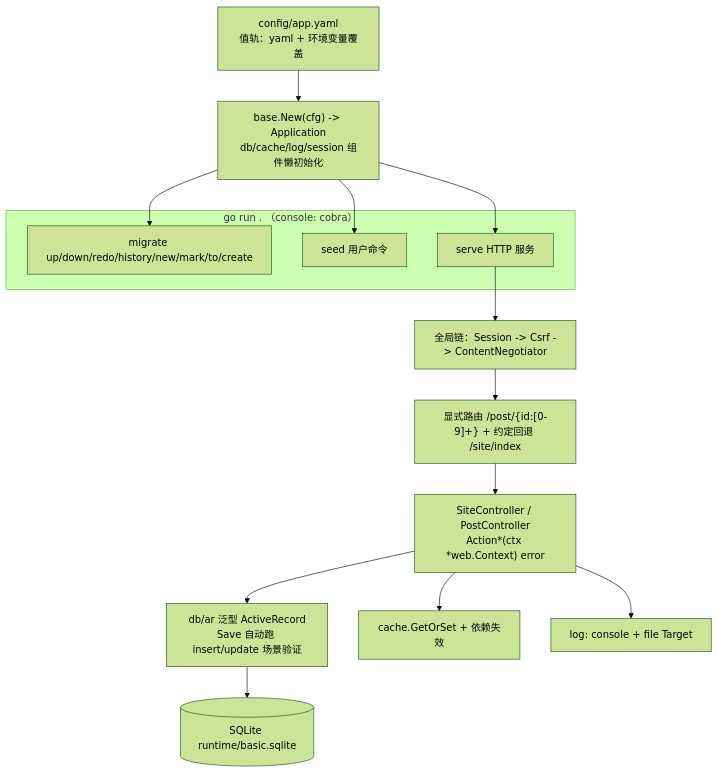
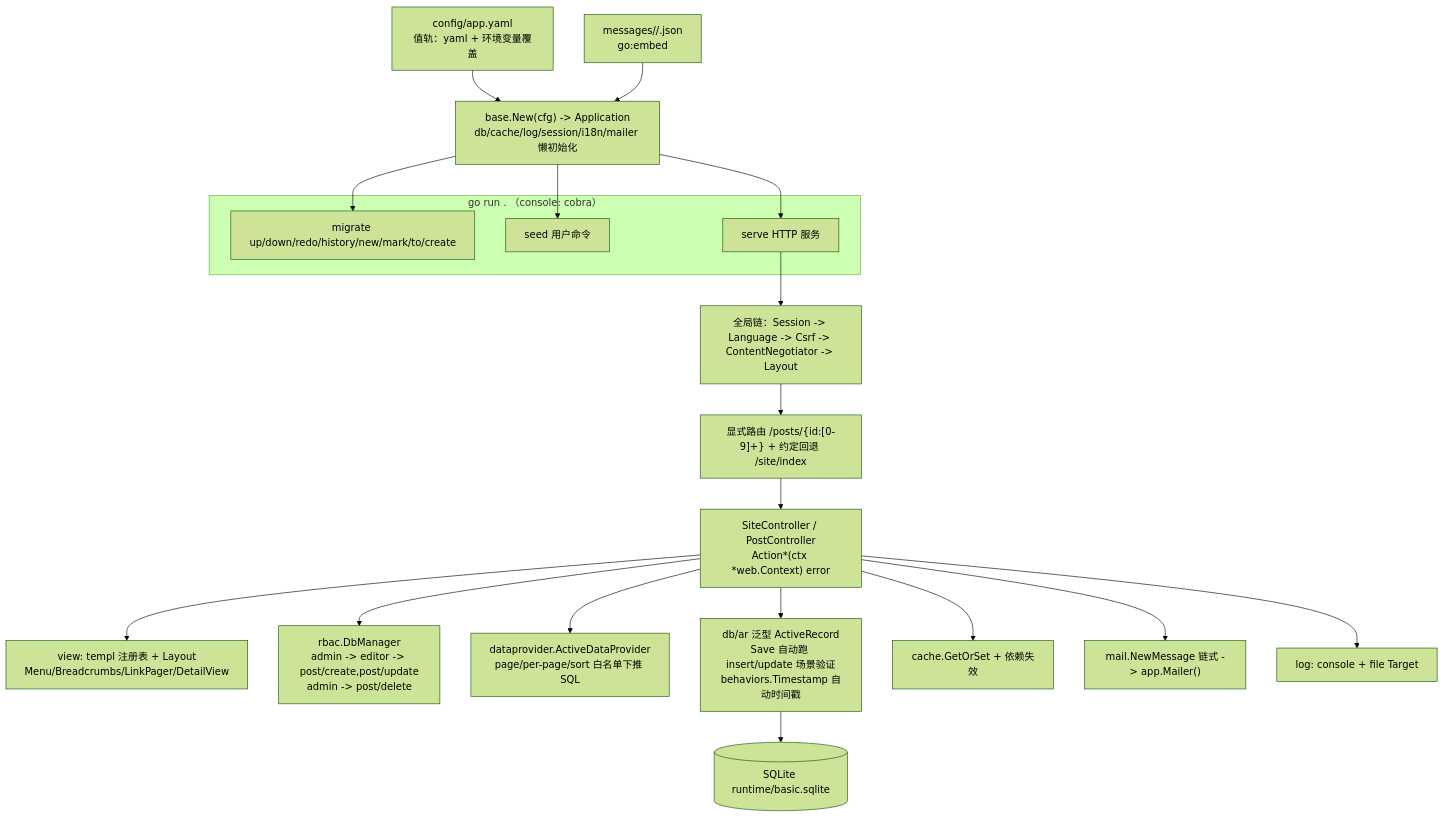
The diagram in docs/快速上手.md (goyii2/framework), drawn with Mermaid (forest theme) before and after one commit. The commit also changed other lines of this file and 45 other files, not shown here.

````diff
--- a/docs/快速上手.md
+++ b/docs/快速上手.md
@@ -28,17 +30,22 @@
 ```mermaid
 flowchart TB
     subgraph CLI["go run . <command>（console: cobra）"]
         M["migrate up/down/redo/history/new/mark/to/create"] 
         S[seed 用户命令] 
         V[serve HTTP 服务]
     end
-    CFG["config/app.yaml<br/>值轨：yaml + 环境变量覆盖"] --> APP["base.New(cfg) -> Application<br/>db/cache/log/session 组件懒初始化"]
+    CFG["config/app.yaml<br/>值轨：yaml + 环境变量覆盖"] --> APP["base.New(cfg) -> Application<br/>db/cache/log/session/i18n/mailer 懒初始化"]
+    EMB["messages/<lang>/<category>.json<br/>go:embed"] --> APP
     APP --> M & S & V
-    V --> MW["全局链：Session -> Csrf -> ContentNegotiator"]
-    MW --> R["显式路由 /post/{id:[0-9]+} + 约定回退 /site/index"]
+    V --> MW["全局链：Session -> Language -> Csrf -> ContentNegotiator -> Layout"]
+    MW --> R["显式路由 /posts/{id:[0-9]+} + 约定回退 /site/index"]
     R --> C["SiteController / PostController<br/>Action*(ctx *web.Context) error"]
-    C --> AR["db/ar 泛型 ActiveRecord<br/>Save 自动跑 insert/update 场景验证"]
+    C --> VIEW["view: templ 注册表 + Layout<br/>Menu/Breadcrumbs/LinkPager/DetailView"]
+    C --> RBAC["rbac.DbManager<br/>admin -> editor -> post/create,post/update<br/>admin -> post/delete"]
+    C --> DP["dataprovider.ActiveDataProvider<br/>page/per-page/sort 白名单下推 SQL"]
+    C --> AR["db/ar 泛型 ActiveRecord<br/>Save 自动跑 insert/update 场景验证<br/>behaviors.Timestamp 自动时间戳"]
     C --> CACHE[cache.GetOrSet + 依赖失效]
+    C --> MAIL["mail.NewMessage 链式 -> app.Mailer()"]
     C --> LOG[log: console + file Target]
     AR --> DB[(SQLite runtime/basic.sqlite)]
 ```
````
